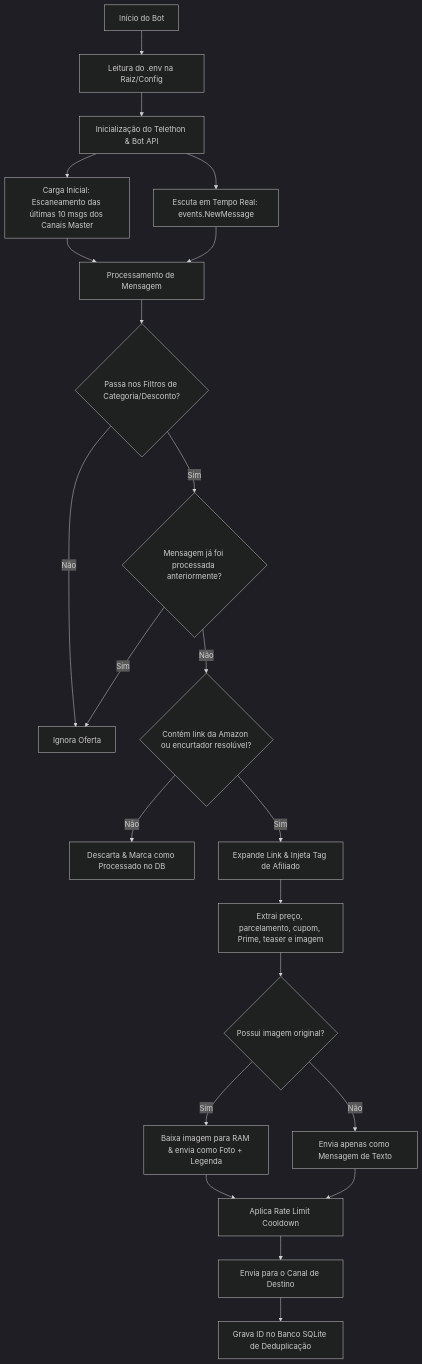
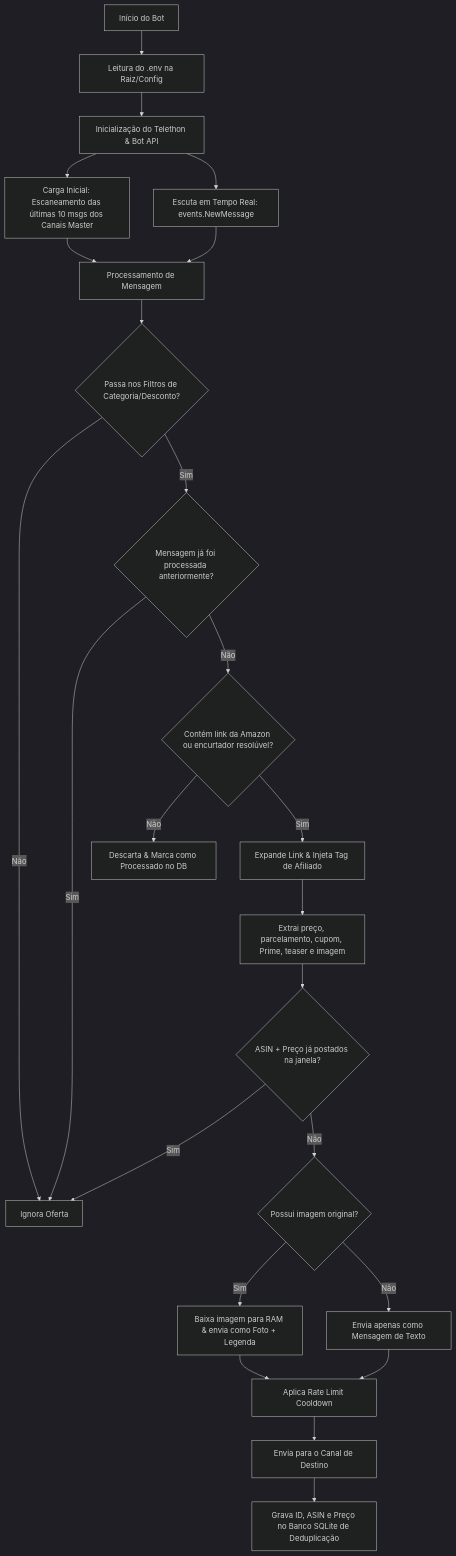
One commit to rsantiag085/radar-jarbis changed the diagram in README.md. Above: the diagram before and after it, drawn with Mermaid (dark theme). The commit also changed other lines of this file and 15 other files, not shown here.

````diff
--- a/README.md
+++ b/README.md
@@ -75,24 +76,26 @@
 ```mermaid
 graph TD
     A[Início do Bot] --> B[Leitura do .env na Raiz/Config]
     B --> C[Inicialização do Telethon & Bot API]
     C --> D[Carga Inicial: Escaneamento das últimas 10 msgs dos Canais Master]
     C --> E[Escuta em Tempo Real: events.NewMessage]
     D --> F[Processamento de Mensagem]
     E --> F
     F --> G{Passa nos Filtros de Categoria/Desconto?}
     G -- Não --> H[Ignora Oferta]
     G -- Sim --> I{Mensagem já foi processada anteriormente?}
     I -- Sim --> H
     I -- Não --> J{Contém link da Amazon ou encurtador resolúvel?}
     J -- Não --> K[Descarta & Marca como Processado no DB]
     J -- Sim --> L[Expande Link & Injeta Tag de Afiliado]
     L --> M[Extrai preço, parcelamento, cupom, Prime, teaser e imagem]
-    M --> N{Possui imagem original?}
+    M --> M2{ASIN + Preço já postados na janela?}
+    M2 -- Sim --> H
+    M2 -- Não --> N{Possui imagem original?}
     N -- Sim --> O[Baixa imagem para RAM & envia como Foto + Legenda]
     N -- Não --> P[Envia apenas como Mensagem de Texto]
     O --> Q[Aplica Rate Limit Cooldown]
     P --> Q
     Q --> R[Envia para o Canal de Destino]
-    R --> S[Grava ID no Banco SQLite de Deduplicação]
+    R --> S[Grava ID, ASIN e Preço no Banco SQLite de Deduplicação]
 ```
````
